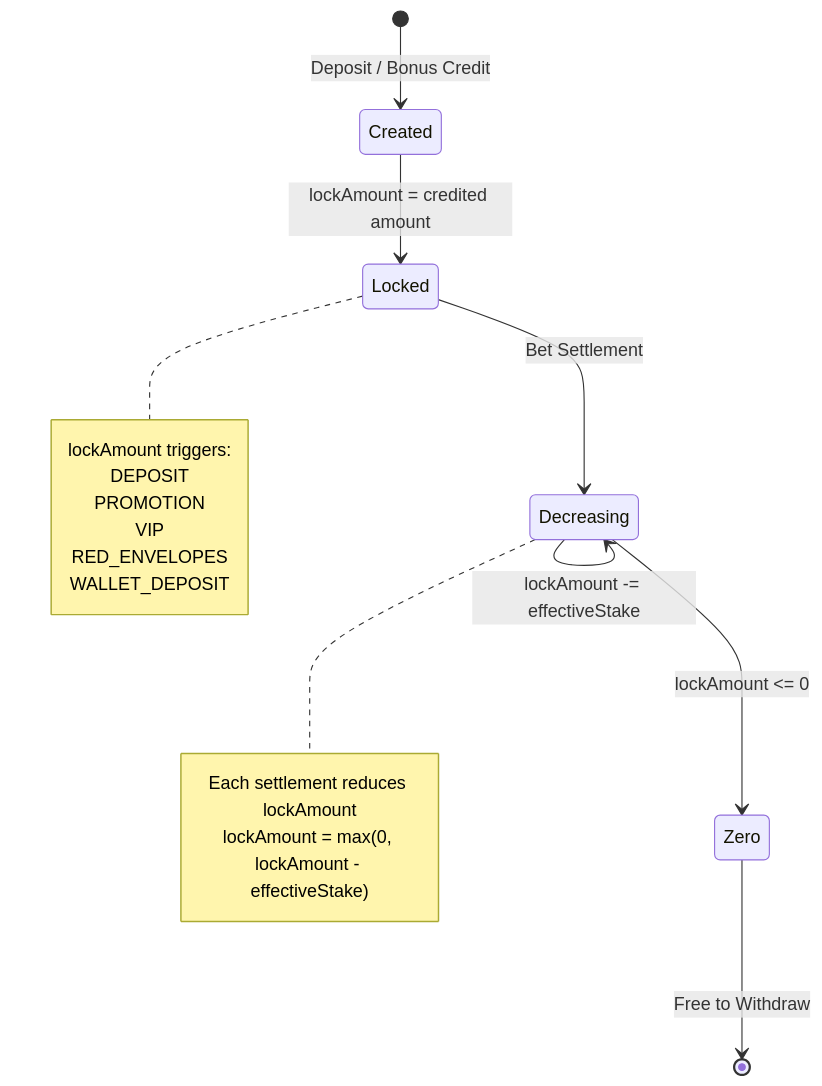
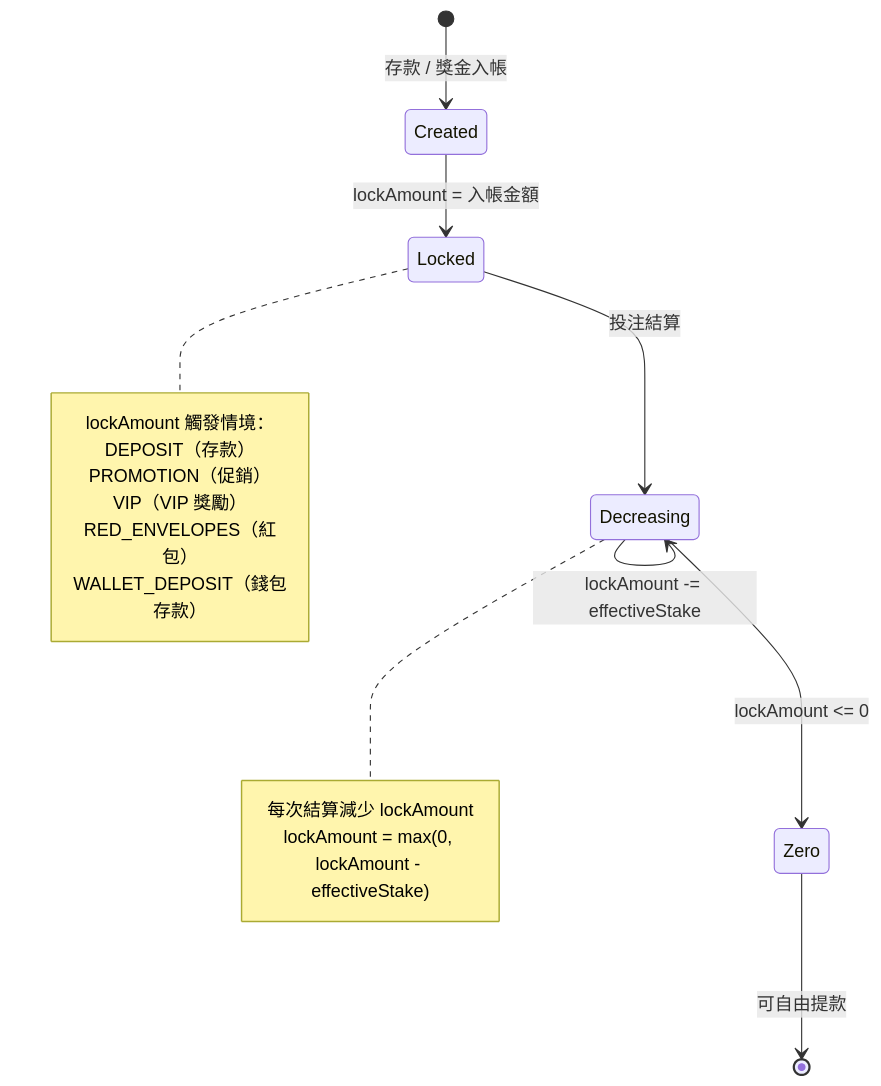
Before and after one commit to ron03wlb/smart-admin: the third of 6 diagrams in docs/iGaming/architecture/02_Finance_Service/Turnover_Calculation_Logic_Detail.md, drawn with Mermaid. The commit also changed other lines of this file and 4 other files, not shown here.

````diff
--- a/docs/iGaming/architecture/02_Finance_Service/Turnover_Calculation_Logic_Detail.md
+++ b/docs/iGaming/architecture/02_Finance_Service/Turnover_Calculation_Logic_Detail.md
@@ -146,23 +146,23 @@
 ```mermaid
 stateDiagram-v2
-    [*] --> Created: Deposit / Bonus Credit
-    Created --> Locked: lockAmount = credited amount
-    Locked --> Decreasing: Bet Settlement
+    [*] --> Created: 存款 / 獎金入帳
+    Created --> Locked: lockAmount = 入帳金額
+    Locked --> Decreasing: 投注結算
     Decreasing --> Decreasing: lockAmount -= effectiveStake
     Decreasing --> Zero: lockAmount <= 0
-    Zero --> [*]: Free to Withdraw
+    Zero --> [*]: 可自由提款
 
     note right of Locked
-        lockAmount triggers:
-        DEPOSIT
-        PROMOTION
-        VIP
-        RED_ENVELOPES
-        WALLET_DEPOSIT
+        lockAmount 觸發情境：
+        DEPOSIT（存款）
+        PROMOTION（促銷）
+        VIP（VIP 獎勵）
+        RED_ENVELOPES（紅包）
+        WALLET_DEPOSIT（錢包存款）
     end note
 
     note right of Decreasing
-        Each settlement reduces lockAmount
+        每次結算減少 lockAmount
         lockAmount = max(0, lockAmount - effectiveStake)
     end note
 ```
````
